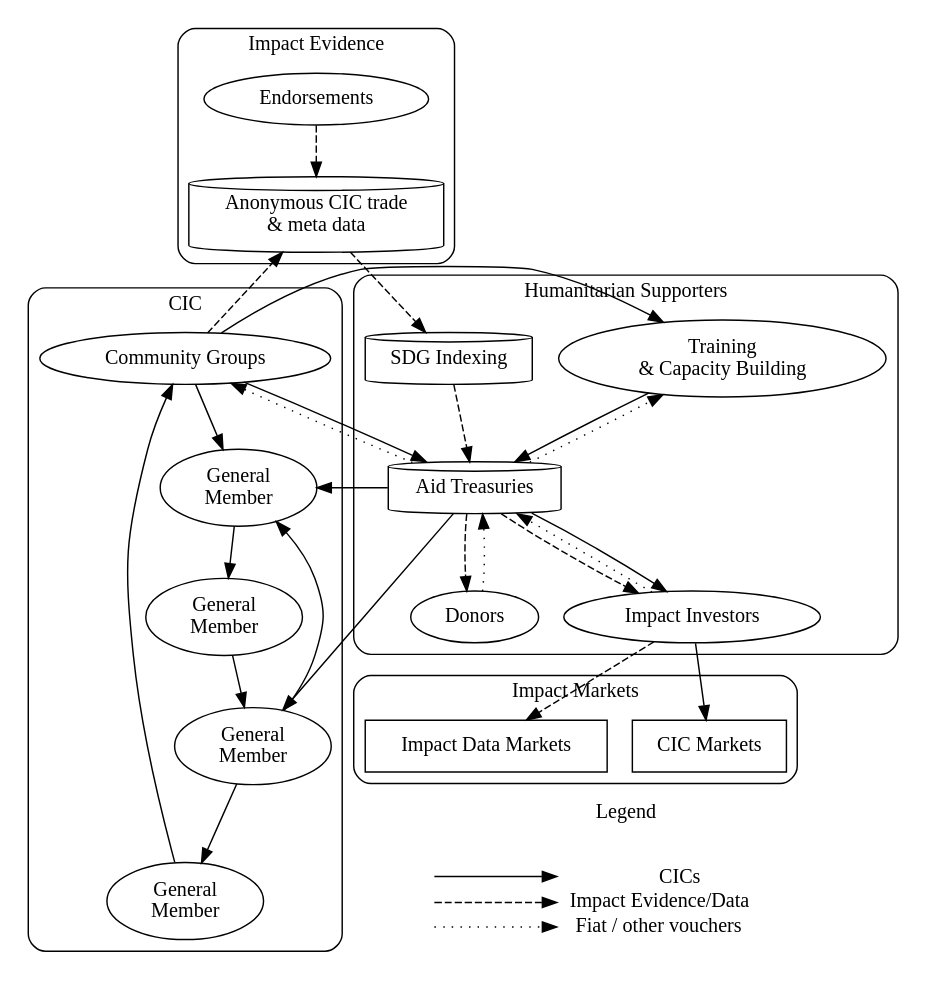
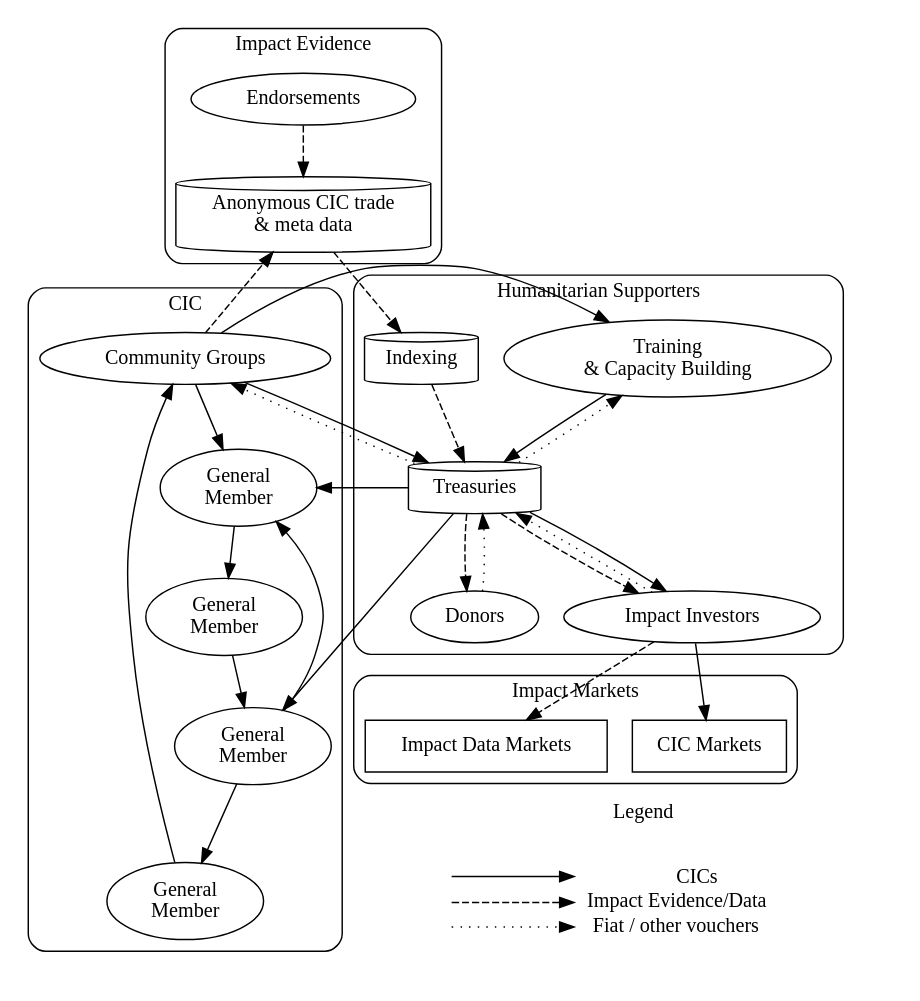
One commit to grassrootseconomics/docs.grassecon.org changed the second of 2 diagrams in docs/ops.md. Above: the diagram before and after it, drawn with Graphviz. The commit also changed other lines of this file, not shown here.

```diff
--- a/docs/ops.md
+++ b/docs/ops.md
@@ -129,8 +129,8 @@
 
 
 	training [label= "Training \n& Capacity Building"]
-	indexer [label= "SDG Indexing", shape = cylinder]
-	treasuries [label= "Aid Treasuries", shape = cylinder]
+	indexer [label= "Indexing", shape = cylinder]
+	treasuries [label= "Treasuries", shape = cylinder]
 	donors [label= "Donors"]
 	impacti[label= "Impact Investors"]
 
```
